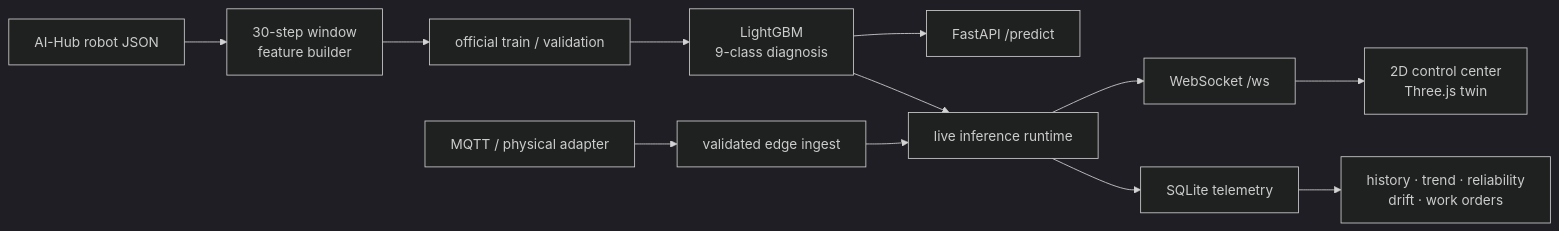
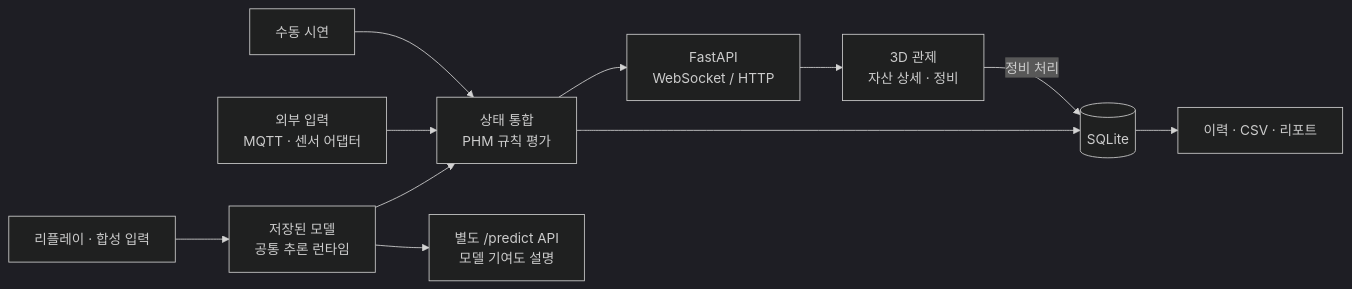
The second of 2 diagrams in README.md (JuHyeon-Nam/ServiceRobot_AI), drawn with Mermaid (dark theme) before and after one commit. The commit also changed other lines of this file and 1 other file, not shown here.

````diff
--- a/README.md
+++ b/README.md
@@ -82,14 +75,13 @@
 ```mermaid
 flowchart LR
-    raw["AI-Hub robot JSON"] --> build["30-step window<br/>feature builder"]
-    build --> split["official train / validation"]
-    split --> model["LightGBM<br/>9-class diagnosis"]
-    model --> api["FastAPI /predict"]
-    model --> runtime["live inference runtime"]
-    runtime --> ws["WebSocket /ws"]
-    ws --> ui["2D control center<br/>Three.js twin"]
-    runtime --> store["SQLite telemetry"]
-    store --> ops["history · trend · reliability<br/>drift · work orders"]
-    edge["MQTT / physical adapter"] --> ingest["validated edge ingest"]
-    ingest --> runtime
+    A["리플레이 · 합성 입력"] --> B["저장된 모델<br/>공통 추론 런타임"]
+    B --> C["상태 통합<br/>PHM 규칙 평가"]
+    D["외부 입력<br/>MQTT · 센서 어댑터"] --> C
+    E["수동 시연"] --> C
+    C --> F["FastAPI<br/>WebSocket / HTTP"]
+    F --> G["3D 관제<br/>자산 상세 · 정비"]
+    C --> H[("SQLite")]
+    G -->|"정비 처리"| H
+    H --> I["이력 · CSV · 리포트"]
+    B --> J["별도 /predict API<br/>모델 기여도 설명"]
 ```
````
